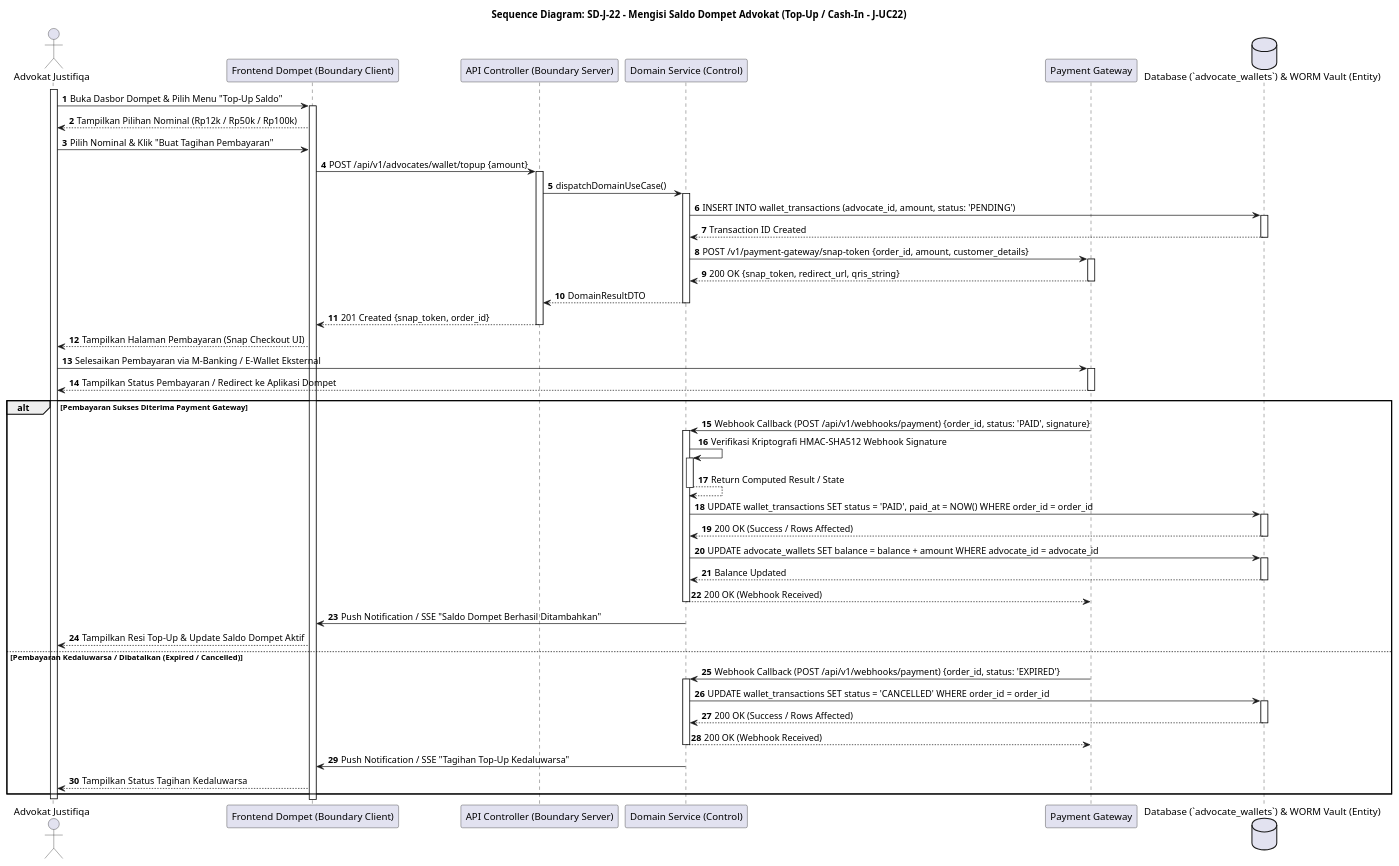
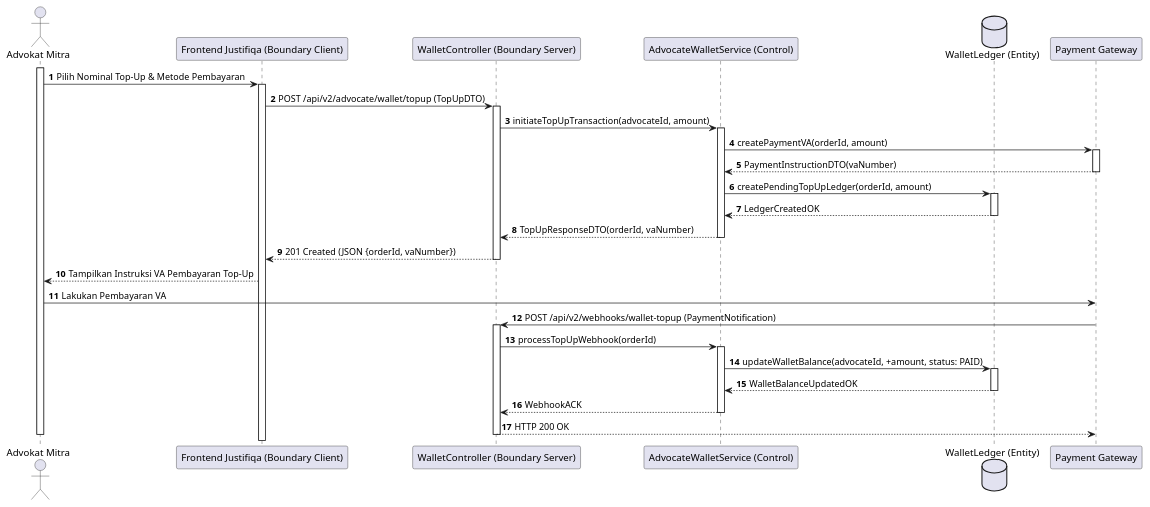
One commit to tupperwureism/SuperApp-Gagal changed diagram 15 of 28 in MarkDown/plantuml_sequence_diagrams.md. Above: the diagram before and after it, drawn with PlantUML. The commit also changed other lines of this file and 1 other file, not shown here.

Commit message:
fix(sequence-diagrams): regenerate all 28 Sequence Diagrams with deterministic hand-crafted 5-Lifeline BCE flows

````diff
--- a/MarkDown/plantuml_sequence_diagrams.md
+++ b/MarkDown/plantuml_sequence_diagrams.md
@@ -981,54 +590,32 @@
 ```plantuml
 @startuml
-title Sequence Diagram: SD-J-22 - Mengisi Saldo Dompet Advokat (Top-Up / Cash-In - J-UC22)
 autonumber
-actor "Advokat Justifiqa" as Mitra
-participant "Frontend Dompet (Boundary Client)" as B_FE
-participant "API Controller (Boundary Server)" as B_BE
-participant "Domain Service (Control)" as C_Svc
-participant "Backend Justifiqa" as C_Svc
-participant "Payment Gateway" as PG
-database "Database (`advocate_wallets`) & WORM Vault (Entity)" as E_DB
+actor "Advokat Mitra" as User
+participant "Frontend Justifiqa (Boundary Client)" as B_FE
+participant "WalletController (Boundary Server)" as B_BE
+participant "AdvocateWalletService (Control)" as C_Svc
+database "WalletLedger (Entity)" as E_DB
+participant "Payment Gateway" as Pay
 
-activate Mitra
-Mitra -> B_FE ++ : Buka Dasbor Dompet & Pilih Menu "Top-Up Saldo"
-B_FE --> Mitra : Tampilkan Pilihan Nominal (Rp12k / Rp50k / Rp100k)
-Mitra -> B_FE : Pilih Nominal & Klik "Buat Tagihan Pembayaran"
-B_FE -> B_BE ++ : POST /api/v1/advocates/wallet/topup {amount}
-    B_BE -> C_Svc ++ : dispatchDomainUseCase()
+activate User
+User -> B_FE ++ : Pilih Nominal Top-Up & Metode Pembayaran
+B_FE -> B_BE ++ : POST /api/v2/advocate/wallet/topup (TopUpDTO)
+B_BE -> C_Svc ++ : initiateTopUpTransaction(advocateId, amount)
+C_Svc -> Pay ++ : createPaymentVA(orderId, amount)
+Pay --> C_Svc -- : PaymentInstructionDTO(vaNumber)
+C_Svc -> E_DB ++ : createPendingTopUpLedger(orderId, amount)
+E_DB --> C_Svc -- : LedgerCreatedOK
+C_Svc --> B_BE -- : TopUpResponseDTO(orderId, vaNumber)
+B_BE --> B_FE -- : 201 Created (JSON {orderId, vaNumber})
+B_FE --> User : Tampilkan Instruksi VA Pembayaran Top-Up
 
-C_Svc -> E_DB ++ : INSERT INTO wallet_transactions (advocate_id, amount, status: 'PENDING')
-E_DB --> C_Svc -- : Transaction ID Created
-C_Svc -> PG ++ : POST /v1/payment-gateway/snap-token {order_id, amount, customer_details}
-PG --> C_Svc -- : 200 OK {snap_token, redirect_url, qris_string}
-C_Svc --> B_BE -- : DomainResultDTO
-    B_BE --> B_FE -- : 201 Created {snap_token, order_id}
-B_FE --> Mitra : Tampilkan Halaman Pembayaran (Snap Checkout UI)
-
-Mitra -> PG ++ : Selesaikan Pembayaran via M-Banking / E-Wallet Eksternal
-PG --> Mitra -- : Tampilkan Status Pembayaran / Redirect ke Aplikasi Dompet
-
-alt Pembayaran Sukses Diterima Payment Gateway
-    PG -> C_Svc ++ : Webhook Callback (POST /api/v1/webhooks/payment) {order_id, status: 'PAID', signature}
-    C_Svc -> C_Svc ++ : Verifikasi Kriptografi HMAC-SHA512 Webhook Signature
-    C_Svc --> C_Svc -- : Return Computed Result / State
-    C_Svc -> E_DB ++ : UPDATE wallet_transactions SET status = 'PAID', paid_at = NOW() WHERE order_id = order_id
-    E_DB --> C_Svc -- : 200 OK (Success / Rows Affected)
-    C_Svc -> E_DB ++ : UPDATE advocate_wallets SET balance = balance + amount WHERE advocate_id = advocate_id
-    E_DB --> C_Svc -- : Balance Updated
-    C_Svc --> PG -- : 200 OK (Webhook Received)
-    
-    C_Svc -> B_FE : Push Notification / SSE "Saldo Dompet Berhasil Ditambahkan"
-    B_FE --> Mitra : Tampilkan Resi Top-Up & Update Saldo Dompet Aktif
-else Pembayaran Kedaluwarsa / Dibatalkan (Expired / Cancelled)
-    PG -> C_Svc ++ : Webhook Callback (POST /api/v1/webhooks/payment) {order_id, status: 'EXPIRED'}
-    C_Svc -> E_DB ++ : UPDATE wallet_transactions SET status = 'CANCELLED' WHERE order_id = order_id
-    E_DB --> C_Svc -- : 200 OK (Success / Rows Affected)
-    C_Svc --> PG -- : 200 OK (Webhook Received)
-    
-    C_Svc -> B_FE : Push Notification / SSE "Tagihan Top-Up Kedaluwarsa"
-    B_FE --> Mitra : Tampilkan Status Tagihan Kedaluwarsa
-end
-deactivate Mitra
+User -> Pay : Lakukan Pembayaran VA
+Pay -> B_BE ++ : POST /api/v2/webhooks/wallet-topup (PaymentNotification)
+B_BE -> C_Svc ++ : processTopUpWebhook(orderId)
+C_Svc -> E_DB ++ : updateWalletBalance(advocateId, +amount, status: PAID)
+E_DB --> C_Svc -- : WalletBalanceUpdatedOK
+C_Svc --> B_BE -- : WebhookACK
+B_BE --> Pay -- : HTTP 200 OK
+deactivate User
 @enduml
 ```
````
